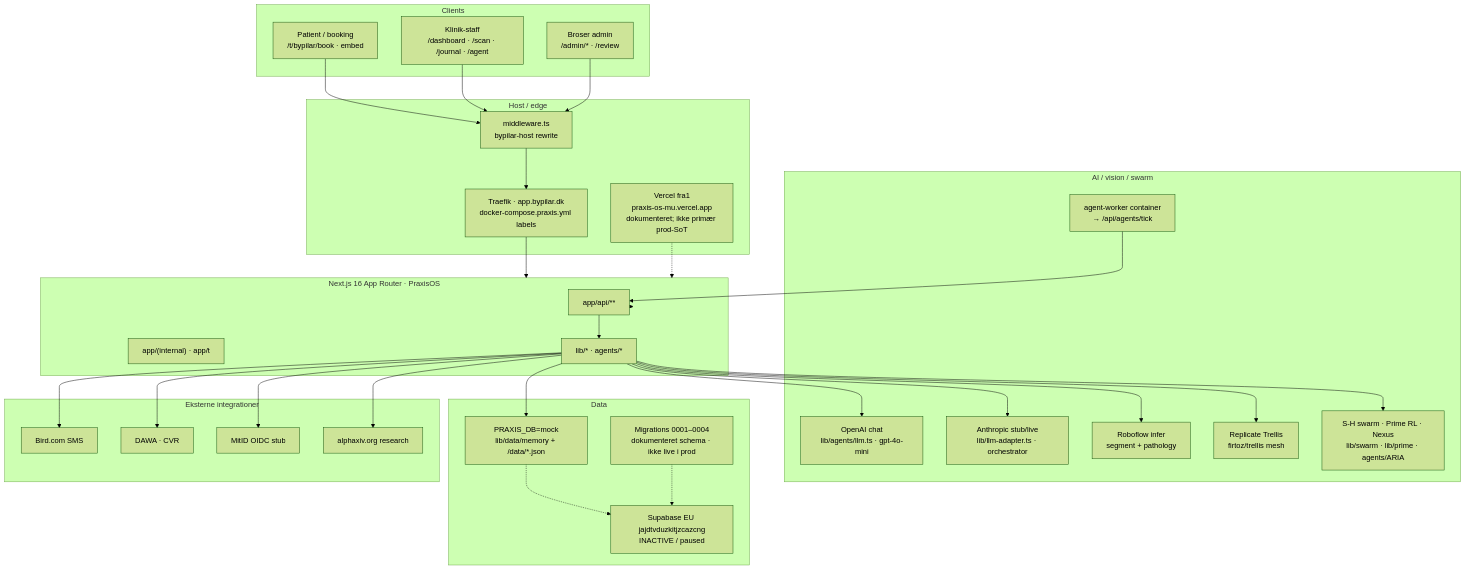
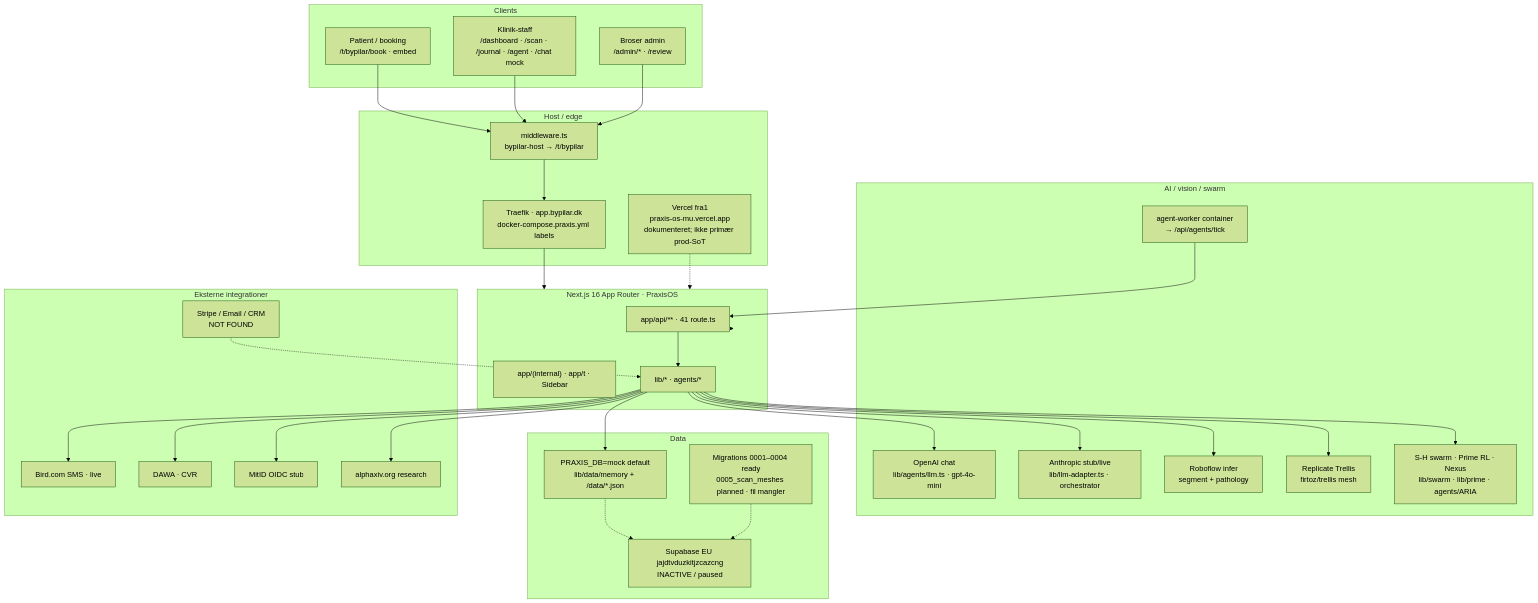
Before and after one commit to Broser-ai/PraxisOS: the diagram in docs/ops/ai-fodpleje-arkitekt-briefing.md, drawn with Mermaid (forest theme). The commit also changed other lines of this file, not shown here.

````diff
--- a/docs/ops/ai-fodpleje-arkitekt-briefing.md
+++ b/docs/ops/ai-fodpleje-arkitekt-briefing.md
@@ -45,64 +49,66 @@
 ```mermaid
 flowchart TB
   subgraph Clients
     Patient["Patient / booking<br/>/t/bypilar/book · embed"]
-    Staff["Klinik-staff<br/>/dashboard · /scan · /journal · /agent"]
+    Staff["Klinik-staff<br/>/dashboard · /scan · /journal · /agent · /chat mock"]
     Admin["Broser admin<br/>/admin/* · /review"]
   end
 
   subgraph Edge["Host / edge"]
-    MW["middleware.ts<br/>bypilar-host rewrite"]
+    MW["middleware.ts<br/>bypilar-host → /t/bypilar"]
     Traefik["Traefik · app.bypilar.dk<br/>docker-compose.praxis.yml labels"]
     Vercel["Vercel fra1<br/>praxis-os-mu.vercel.app<br/>dokumenteret; ikke primær prod-SoT"]
   end
 
   subgraph App["Next.js 16 App Router · PraxisOS"]
-    API["app/api/**"]
-    UI["app/(internal) · app/t"]
+    API["app/api/** · 41 route.ts"]
+    UI["app/(internal) · app/t · Sidebar"]
     Lib["lib/* · agents/*"]
   end
 
   subgraph AI["AI / vision / swarm"]
     OpenAI["OpenAI chat<br/>lib/agents/llm.ts · gpt-4o-mini"]
     Anthropic["Anthropic stub/live<br/>lib/llm-adapter.ts · orchestrator"]
     RF["Roboflow infer<br/>segment + pathology"]
     Rep["Replicate Trellis<br/>firtoz/trellis mesh"]
     Swarm["S-H swarm · Prime RL · Nexus<br/>lib/swarm · lib/prime · agents/ARIA"]
     Worker["agent-worker container<br/>→ /api/agents/tick"]
   end
 
   subgraph Data["Data"]
-    Mem["PRAXIS_DB=mock<br/>lib/data/memory + /data/*.json"]
+    Mem["PRAXIS_DB=mock default<br/>lib/data/memory + /data/*.json"]
     SB["Supabase EU jajdtvduzkitjzcazcng<br/>INACTIVE / paused"]
-    Schema["Migrations 0001–0004<br/>dokumenteret schema · ikke live i prod"]
+    Schema["Migrations 0001–0004 ready<br/>0005_scan_meshes planned · fil mangler"]
   end
 
   subgraph Ext["Eksterne integrationer"]
-    Bird["Bird.com SMS"]
+    Bird["Bird.com SMS · live"]
     DAWA["DAWA · CVR"]
     MitID["MitID OIDC stub"]
     Alpha["alphaxiv.org research"]
+    Missing["Stripe / Email / CRM<br/>NOT FOUND"]
   end
 
   Patient --> MW
   Staff --> MW
   Admin --> MW
   MW --> Traefik
   Traefik --> App
   Vercel -.-> App
   App --> API
   API --> Lib
   Lib --> OpenAI
   Lib --> Anthropic
   Lib --> RF
   Lib --> Rep
   Lib --> Swarm
   Worker --> API
   Lib --> Mem
   Mem -.-> SB
   Schema -.-> SB
   Lib --> Bird
   Lib --> DAWA
   Lib --> MitID
   Lib --> Alpha
+  Missing -.-> Lib
 ```
````
